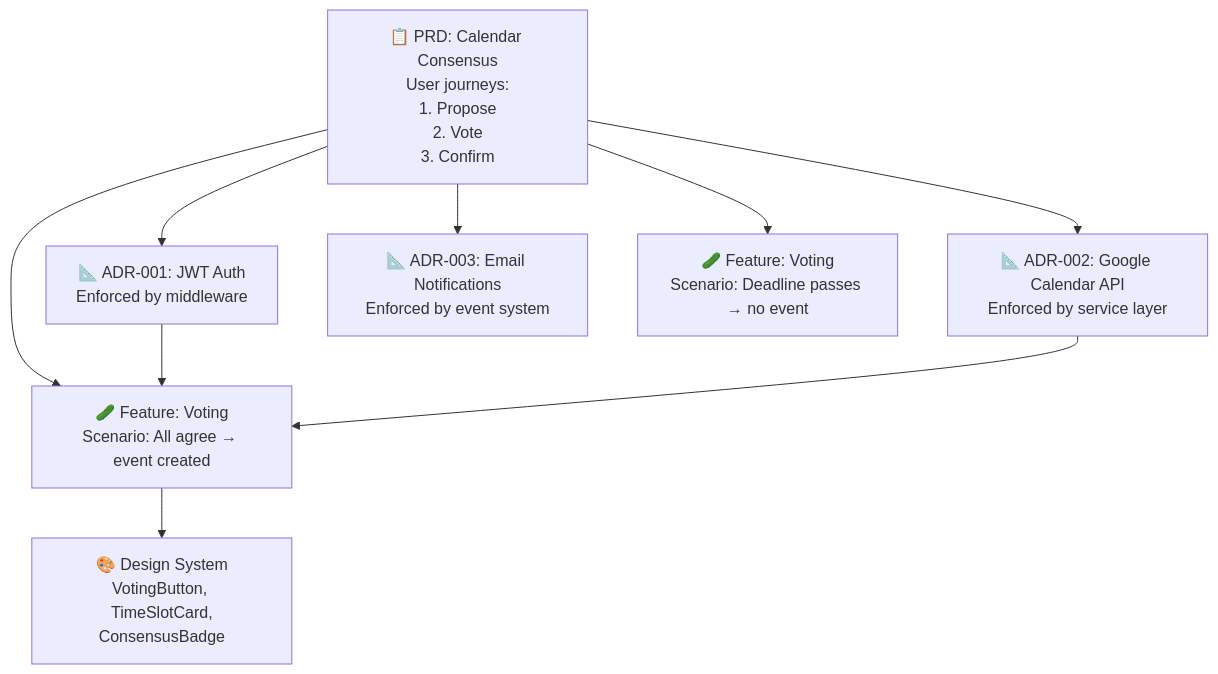
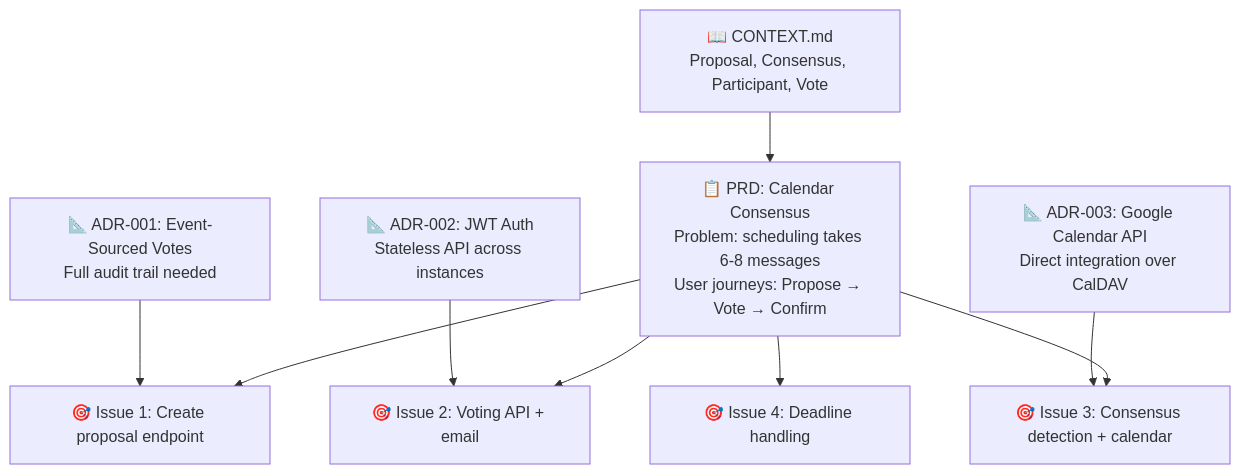
One commit to salvatorebottiglieri/coding_with_ai changed the fourth of 5 diagrams in 002_top_down_planning/slides.md. Above: the diagram before and after it, drawn with Mermaid. The commit also changed other lines of this file and 1 other file, not shown here.

````diff
--- a/002_top_down_planning/slides.md
+++ b/002_top_down_planning/slides.md
@@ -1436,22 +1819,24 @@
 ```mermaid {scale: 0.55}
 graph TD
-    PRD["📋 PRD: Calendar Consensus<br/>User journeys:<br/>1. Propose<br/>2. Vote<br/>3. Confirm"]
-    
-    ADR1["📐 ADR-001: JWT Auth<br/>Enforced by middleware"]
-    ADR2["📐 ADR-002: Google Calendar API<br/>Enforced by service layer"]
-    ADR3["📐 ADR-003: Email Notifications<br/>Enforced by event system"]
+    GLOSSARY["📖 CONTEXT.md<br/>Proposal, Consensus, Participant, Vote"]
 
-    BDD1["🥒 Feature: Voting<br/>Scenario: All agree → event created"]
-    BDD2["🥒 Feature: Voting<br/>Scenario: Deadline passes → no event"]
-    
-    DS1["🎨 Design System<br/>VotingButton, TimeSlotCard,<br/>ConsensusBadge"]
+    PRD["📋 PRD: Calendar Consensus<br/>Problem: scheduling takes 6-8 messages<br/>User journeys: Propose → Vote → Confirm"]
 
-    PRD --> ADR1
-    PRD --> ADR2
-    PRD --> ADR3
-    PRD --> BDD1
-    PRD --> BDD2
-    BDD1 --> DS1
-    ADR1 --> BDD1
-    ADR2 --> BDD1
+    ADR1["📐 ADR-001: Event-Sourced Votes<br/>Full audit trail needed"]
+    ADR2["📐 ADR-002: JWT Auth<br/>Stateless API across instances"]
+    ADR3["📐 ADR-003: Google Calendar API<br/>Direct integration over CalDAV"]
+
+    ISSUE1["🎯 Issue 1: Create proposal endpoint"]
+    ISSUE2["🎯 Issue 2: Voting API + email"]
+    ISSUE3["🎯 Issue 3: Consensus detection + calendar"]
+    ISSUE4["🎯 Issue 4: Deadline handling"]
+
+    GLOSSARY --> PRD
+    PRD --> ISSUE1
+    PRD --> ISSUE2
+    PRD --> ISSUE3
+    PRD --> ISSUE4
+    ADR1 --> ISSUE1
+    ADR2 --> ISSUE2
+    ADR3 --> ISSUE3
 ```
````
